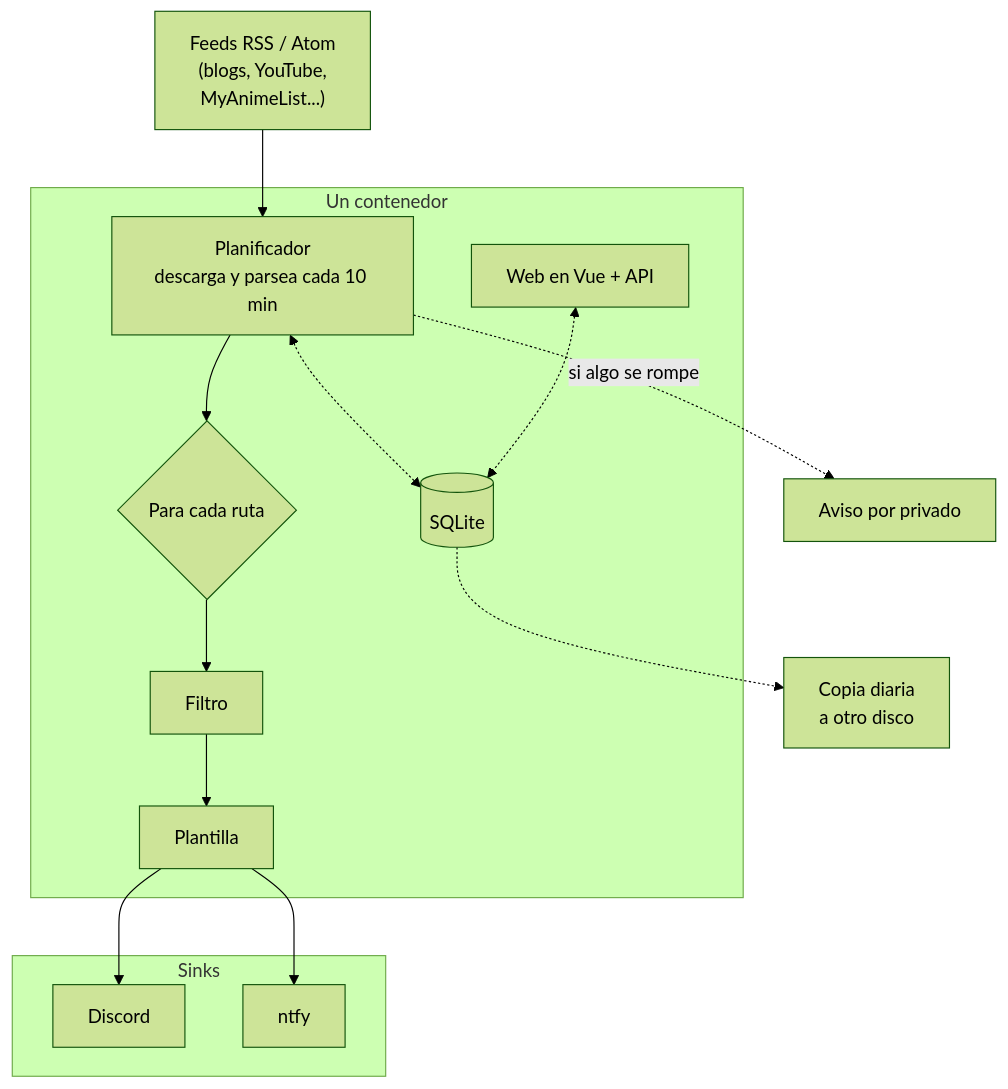
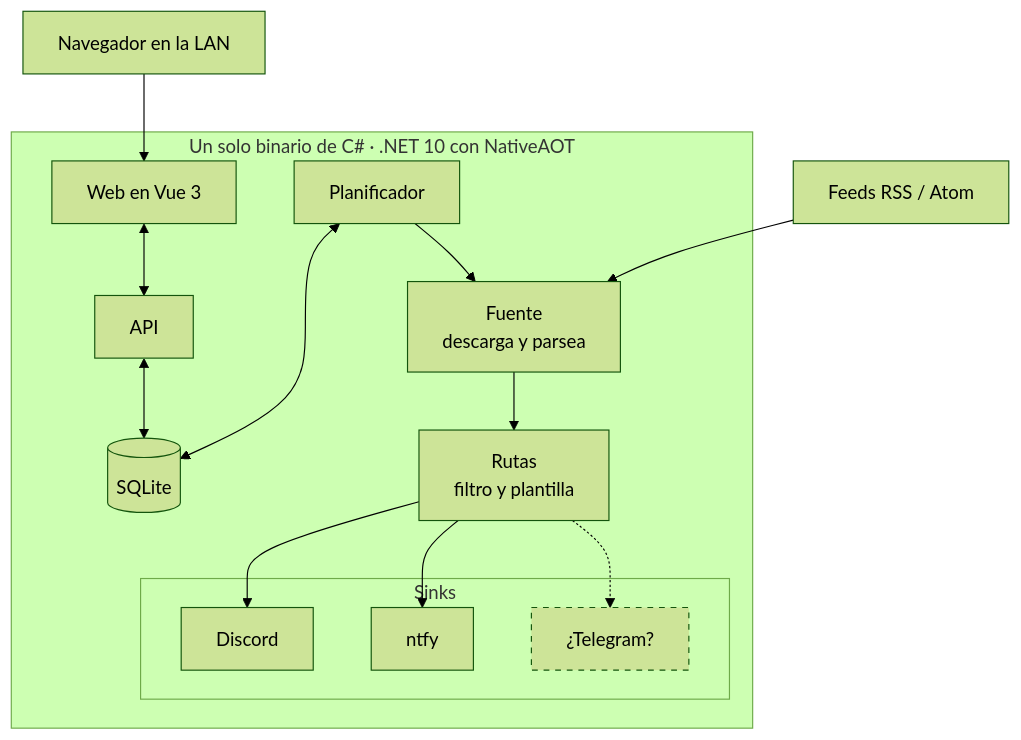
The second of 2 diagrams in content/blog/informadorss/index.es.md (christt105/christt105.github.io), drawn with Mermaid (forest theme) before and after one commit. The commit also changed other lines of this file and 2 other files, not shown here.

Commit message:
feat(blog): publish InformadoRSS post in en/es/ca

````diff
--- a/content/blog/informadorss/index.es.md
+++ b/content/blog/informadorss/index.es.md
@@ -62,18 +84,22 @@
 ```mermaid
 flowchart TD
-    F["Feeds RSS / Atom<br/>(blogs, YouTube,<br/>MyAnimeList...)"] --> S
-    subgraph C["Un contenedor"]
-        S["Planificador<br/>descarga y parsea cada 10 min"] --> R{"Para cada ruta"}
-        R --> FI["Filtro"] --> T["Plantilla"]
-        S <-.-> DB[("SQLite")]
-        W["Web en Vue + API"] <-.-> DB
+    F["Feeds RSS / Atom"] --> SRC
+    YO["Navegador en la LAN"] --> WEB
+    subgraph BIN["Un solo binario de C# · .NET 10 con NativeAOT"]
+        WEB["Web en Vue 3"] <--> API["API"]
+        API <--> DB[("SQLite")]
+        SCH["Planificador"] <--> DB
+        SCH --> SRC["Fuente<br/>descarga y parsea"]
+        SRC --> PIPE["Rutas<br/>filtro y plantilla"]
+        subgraph SK["Sinks"]
+            DSC["Discord"]
+            NT["ntfy"]
+            NEXT["¿Telegram?"]
+        end
+        PIPE --> DSC
+        PIPE --> NT
+        PIPE -.-> NEXT
     end
-    subgraph SK["Sinks"]
-        D["Discord"]
-        N["ntfy"]
-    end
-    T --> D
-    T --> N
-    S -.->|"si algo se rompe"| AL["Aviso por privado"]
-    DB -.-> BK["Copia diaria<br/>a otro disco"]
+    classDef futuro stroke-dasharray: 5 5
+    class NEXT futuro
 ```
````
